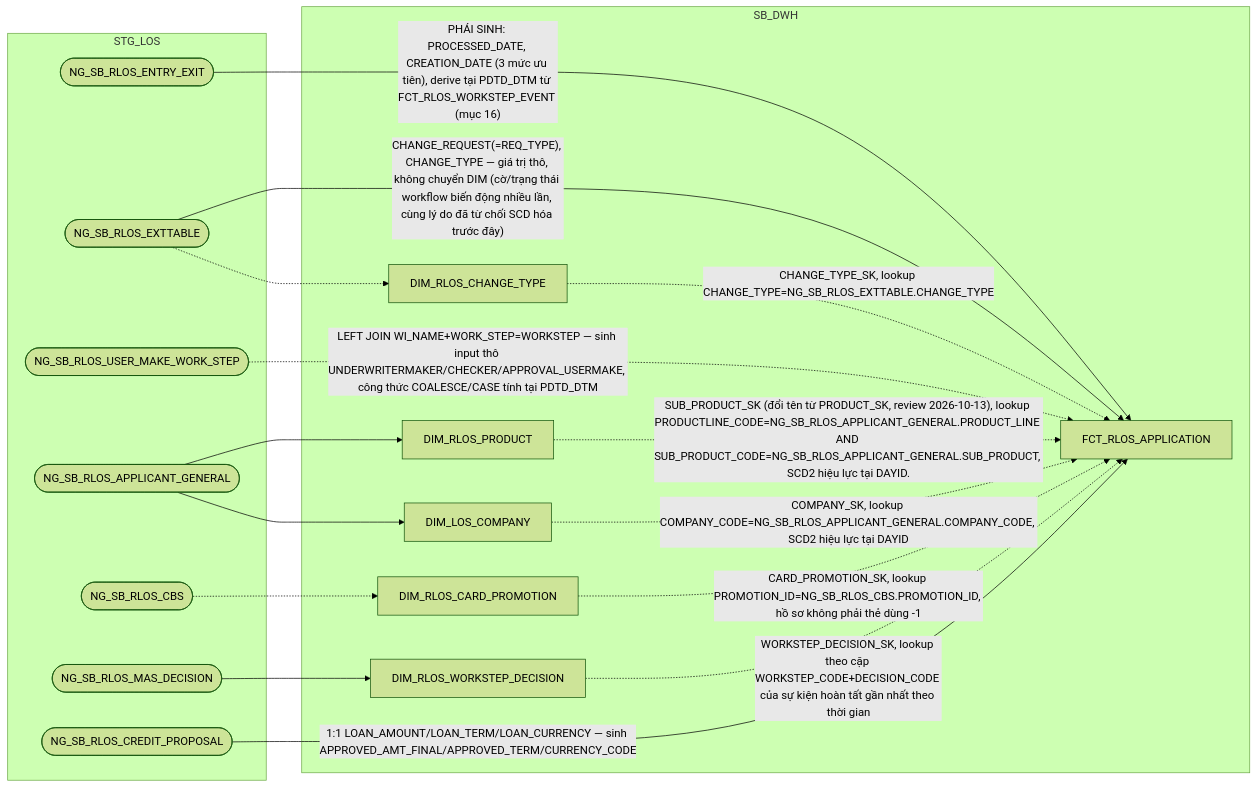
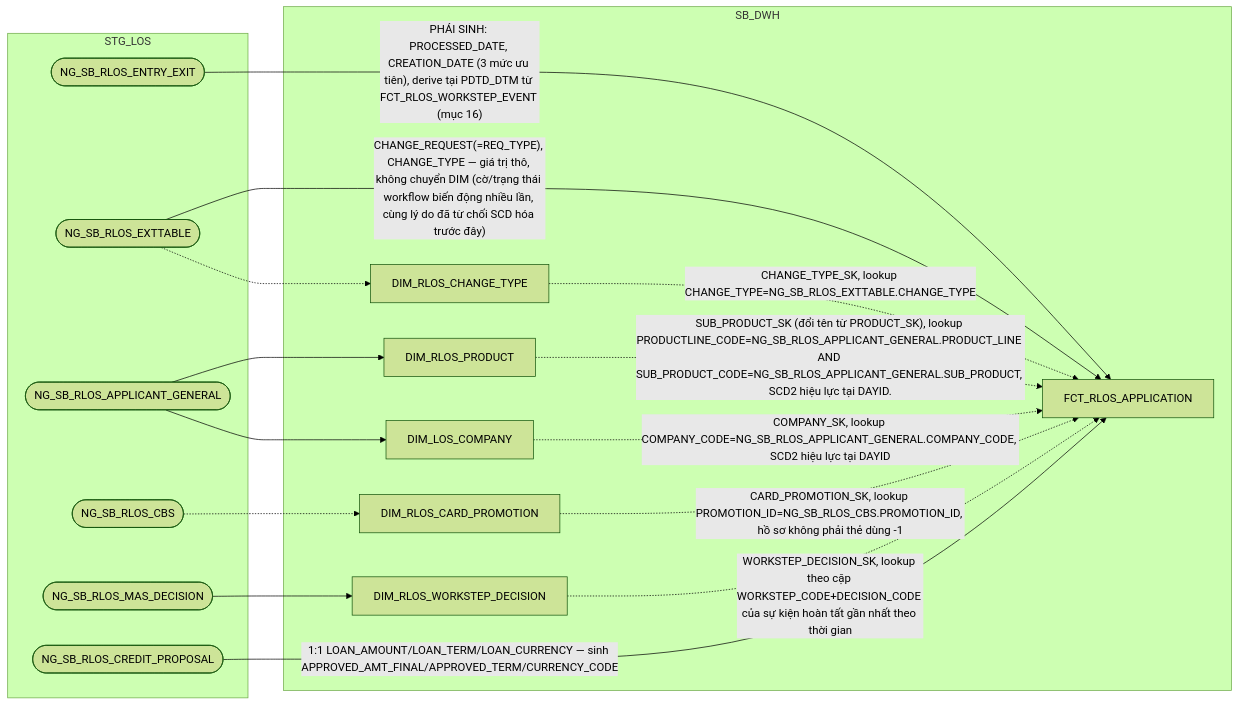
Before and after one commit to chien1198/sb-mapping-gen: the seventh of 14 diagrams in hld/hld_review/HLD_FCT_SB_DWH_review.md, drawn with Mermaid (forest theme). The commit also changed other lines of this file and 160 other files, not shown here.

````diff
--- a/hld/hld_review/HLD_FCT_SB_DWH_review.md
+++ b/hld/hld_review/HLD_FCT_SB_DWH_review.md
@@ -517,34 +519,32 @@
 ```mermaid
 flowchart LR
     subgraph STG_LOS
         A(["NG_SB_RLOS_ENTRY_EXIT"])
         I(["NG_SB_RLOS_EXTTABLE"])
-        J(["NG_SB_RLOS_USER_MAKE_WORK_STEP"])
         P1(["NG_SB_RLOS_APPLICANT_GENERAL"])
         P4(["NG_SB_RLOS_CBS"])
         MW(["NG_SB_RLOS_MAS_DECISION"])
         CR(["NG_SB_RLOS_CREDIT_PROPOSAL"])
     end
     subgraph SB_DWH
         WD["DIM_RLOS_WORKSTEP_DECISION"]
         PR["DIM_RLOS_PRODUCT"]
         OU["DIM_LOS_COMPANY"]
         CT["DIM_RLOS_CHANGE_TYPE"]
         CP["DIM_RLOS_CARD_PROMOTION"]
         E["FCT_RLOS_APPLICATION"]
     end
     A -->|"PHÁI SINH: PROCESSED_DATE, CREATION_DATE (3 mức ưu tiên), derive tại PDTD_DTM từ FCT_RLOS_WORKSTEP_EVENT (mục 16)"| E
     I -->|"CHANGE_REQUEST(=REQ_TYPE), CHANGE_TYPE — giá trị thô, không chuyển DIM (cờ/trạng thái workflow biến động nhiều lần, cùng lý do đã từ chối SCD hóa trước đây)"| E
     I -.-> CT
-    J -.->|"LEFT JOIN WI_NAME+WORK_STEP=WORKSTEP — sinh input thô UNDERWRITERMAKER/CHECKER/APPROVAL_USERMAKE, công thức COALESCE/CASE tính tại PDTD_DTM"| E
     WD -.->|"WORKSTEP_DECISION_SK, lookup theo cặp WORKSTEP_CODE+DECISION_CODE của sự kiện hoàn tất gần nhất theo thời gian"| E
     MW --> WD
-    PR -.->|"SUB_PRODUCT_SK (đổi tên từ PRODUCT_SK, review 2026-10-13), lookup PRODUCTLINE_CODE=NG_SB_RLOS_APPLICANT_GENERAL.PRODUCT_LINE AND SUB_PRODUCT_CODE=NG_SB_RLOS_APPLICANT_GENERAL.SUB_PRODUCT, SCD2 hiệu lực tại DAYID."| E
+    PR -.->|"SUB_PRODUCT_SK (đổi tên từ PRODUCT_SK), lookup PRODUCTLINE_CODE=NG_SB_RLOS_APPLICANT_GENERAL.PRODUCT_LINE AND SUB_PRODUCT_CODE=NG_SB_RLOS_APPLICANT_GENERAL.SUB_PRODUCT, SCD2 hiệu lực tại DAYID."| E
     OU -.->|"COMPANY_SK, lookup COMPANY_CODE=NG_SB_RLOS_APPLICANT_GENERAL.COMPANY_CODE, SCD2 hiệu lực tại DAYID"| E
     CT -.->|"CHANGE_TYPE_SK, lookup CHANGE_TYPE=NG_SB_RLOS_EXTTABLE.CHANGE_TYPE"| E
     CP -.->|"CARD_PROMOTION_SK, lookup PROMOTION_ID=NG_SB_RLOS_CBS.PROMOTION_ID, hồ sơ không phải thẻ dùng -1"| E
     P1 --> PR
     P1 --> OU
     P4 -.-> CP
     CR -->|"1:1 LOAN_AMOUNT/LOAN_TERM/LOAN_CURRENCY — sinh APPROVED_AMT_FINAL/APPROVED_TERM/CURRENCY_CODE"| E
 ```
````
